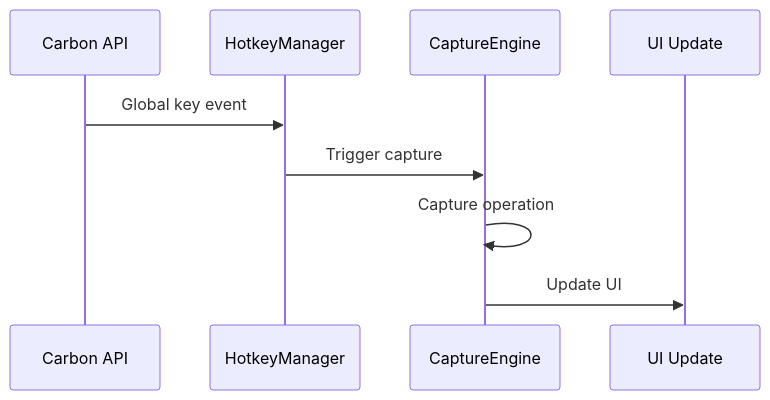
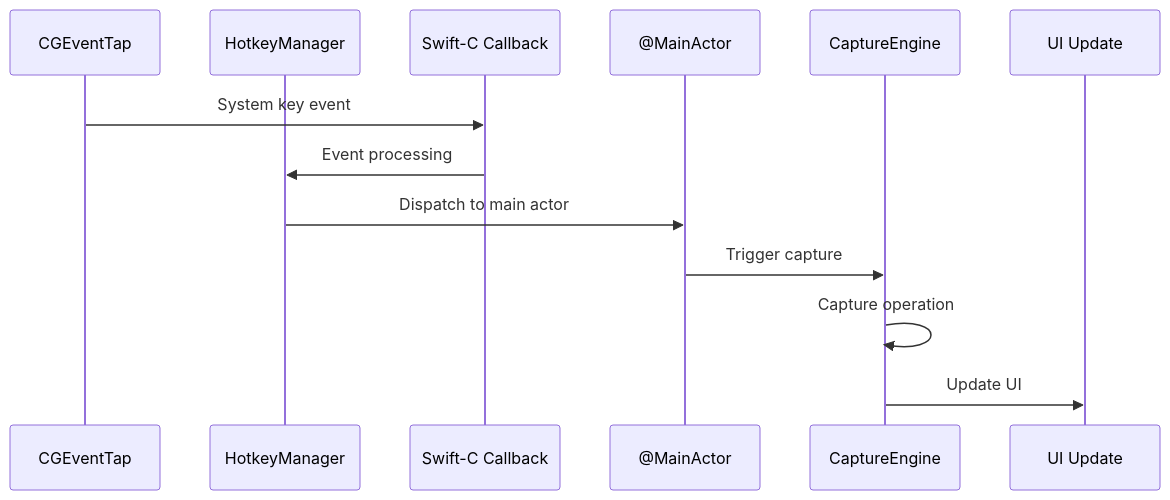
Before and after one commit to quangndc/macshot: the fourth of 4 diagrams in docs/system-architecture.md, drawn with Mermaid. The commit also changed other lines of this file and 65 other files, not shown here.

````diff
--- a/docs/system-architecture.md
+++ b/docs/system-architecture.md
@@ -364,12 +473,16 @@
 ```mermaid
 sequenceDiagram
-    participant C as Carbon API
+    participant CG as CGEventTap
     participant H as HotkeyManager
+    participant L as Swift-C Callback
+    participant M as @MainActor
     participant E as CaptureEngine
     participant UI as UI Update
 
-    C->>H: Global key event
-    H->>E: Trigger capture
+    CG->>L: System key event
+    L->>H: Event processing
+    H->>M: Dispatch to main actor
+    M->>E: Trigger capture
     E->>E: Capture operation
     E->>UI: Update UI
 ```
````
